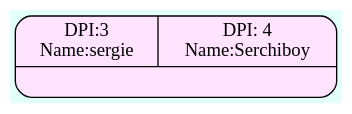
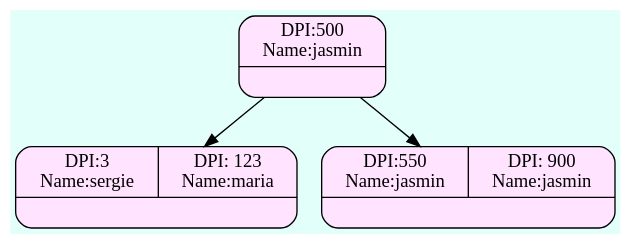
One commit to Serch-ING/EDD_UDRAWING_202000119 changed the diagram in FASE 2/Grafico/Admin_Btree_Clients.dot. Above: the diagram before and after it, drawn with Graphviz. The commit also changed 5 other files, not shown here.

```diff
--- a/FASE 2/Grafico/Admin_Btree_Clients.dot
+++ b/FASE 2/Grafico/Admin_Btree_Clients.dot
@@ -1,6 +1,10 @@
 digraph structs {
   bgcolor = "#E3FFFA"
  node [shape=Mrecord fillcolor="#FFE3FF" style =filled];
-struct1765978307[label="{{DPI:3\nName:sergie|DPI: 4\nName:Serchiboy}|<here>}"];
+struct1018473880[label="{{DPI:500\nName:jasmin}|<here>}"];
+struct810676208[label="{{DPI:3\nName:sergie|DPI: 123\nName:maria}|<here>}"];
+struct1482209435[label="{{DPI:550\nName:jasmin|DPI: 900\nName:jasmin}|<here>}"];
 
+struct1018473880->struct810676208;
+struct1018473880->struct1482209435;
 }
```
